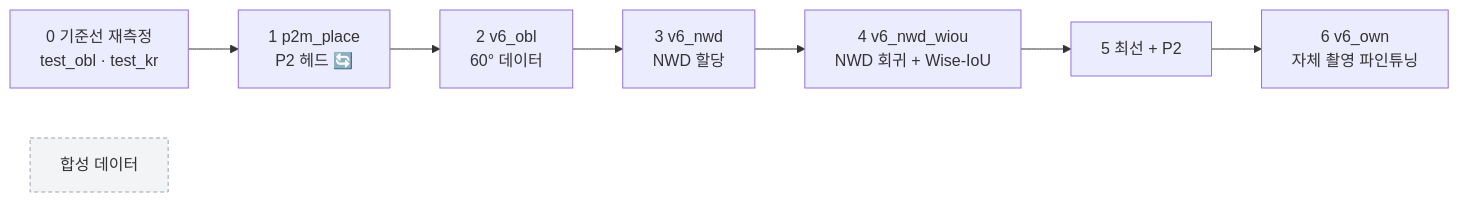
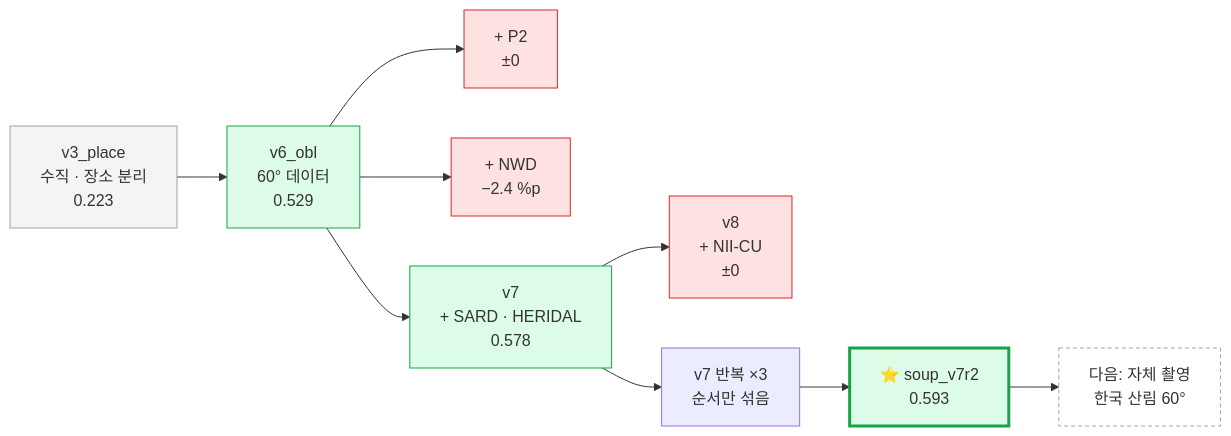
The second of 2 diagrams in obsidian/11 서버 학습 계획/00 학습 계획 한눈에.md (tim9985/Capstone), drawn with Mermaid before and after one commit. The commit also changed other lines of this file and 24 other files, not shown here.

````diff
--- a/obsidian/11 서버 학습 계획/00 학습 계획 한눈에.md
+++ b/obsidian/11 서버 학습 계획/00 학습 계획 한눈에.md
@@ -52,11 +54,16 @@
 ```mermaid
 flowchart LR
-    B0["0 기준선 재측정<br/>test_obl · test_kr"] --> P2["1 p2m_place<br/>P2 헤드 🔄"]
-    P2 --> V6["2 v6_obl<br/>60° 데이터"]
-    V6 --> L1["3 v6_nwd<br/>NWD 할당"]
-    L1 --> L2["4 v6_nwd_wiou<br/>NWD 회귀 + Wise-IoU"]
-    L2 --> BP["5 최선 + P2"]
-    BP --> OWN["6 v6_own<br/>자체 촬영 파인튜닝"]
-    SYN["합성 데이터"]:::hold
-    classDef hold fill:#f3f4f6,stroke:#9ca3af,stroke-dasharray:4 3
+    V3["v3_place<br/>수직 · 장소 분리<br/>0.223"]:::old --> V6["v6_obl<br/>60° 데이터<br/>0.529"]:::ok
+    V6 --> P2["+ P2<br/>±0"]:::no
+    V6 --> NWD["+ NWD<br/>−2.4 %p"]:::no
+    V6 --> V7["v7<br/>+ SARD · HERIDAL<br/>0.578"]:::ok
+    V7 --> V8["v8<br/>+ NII-CU<br/>±0"]:::no
+    V7 --> R["v7 반복 ×3<br/>순서만 섞음"]
+    R --> S["⭐ soup_v7r2<br/>0.593"]:::star
+    S --> OWN["다음: 자체 촬영<br/>한국 산림 60°"]:::plan
+    classDef ok fill:#dcfce7,stroke:#16a34a
+    classDef star fill:#dcfce7,stroke:#16a34a,stroke-width:3px
+    classDef no fill:#fee2e2,stroke:#dc2626
+    classDef old fill:#f3f4f6,stroke:#9ca3af
+    classDef plan fill:#fff,stroke:#9ca3af,stroke-dasharray:4 3
 ```
````
